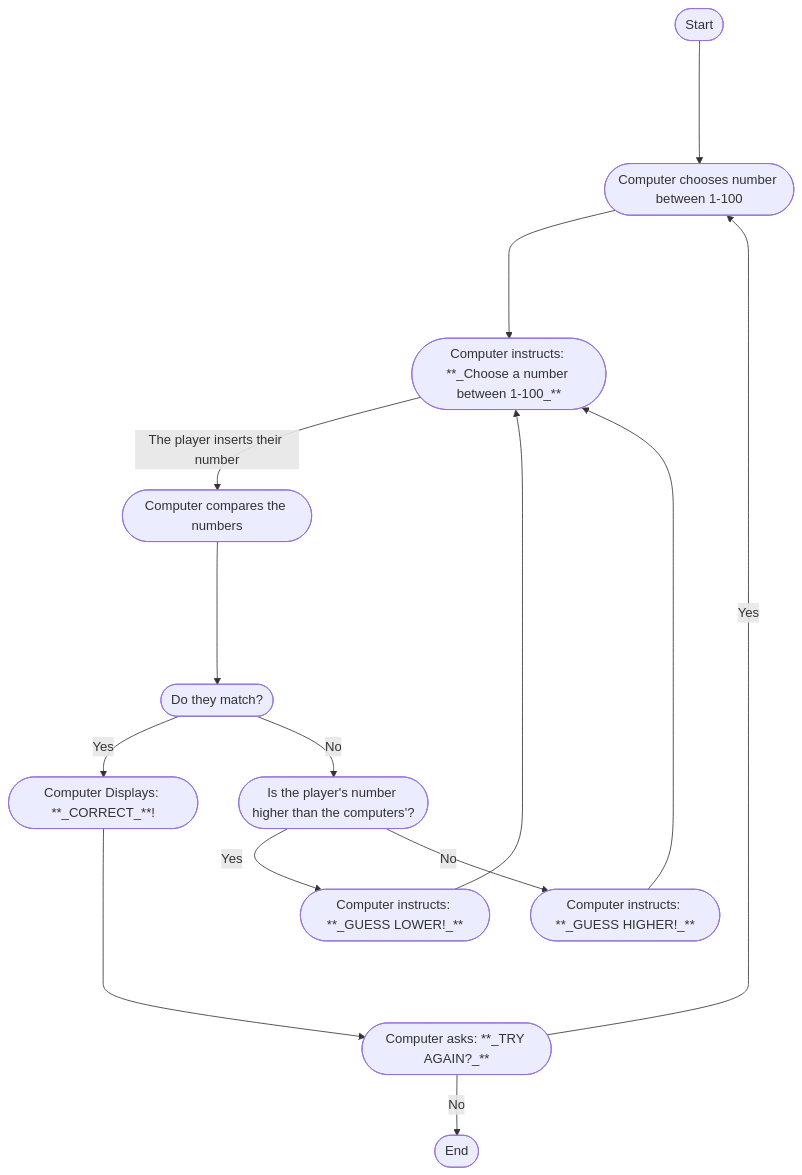
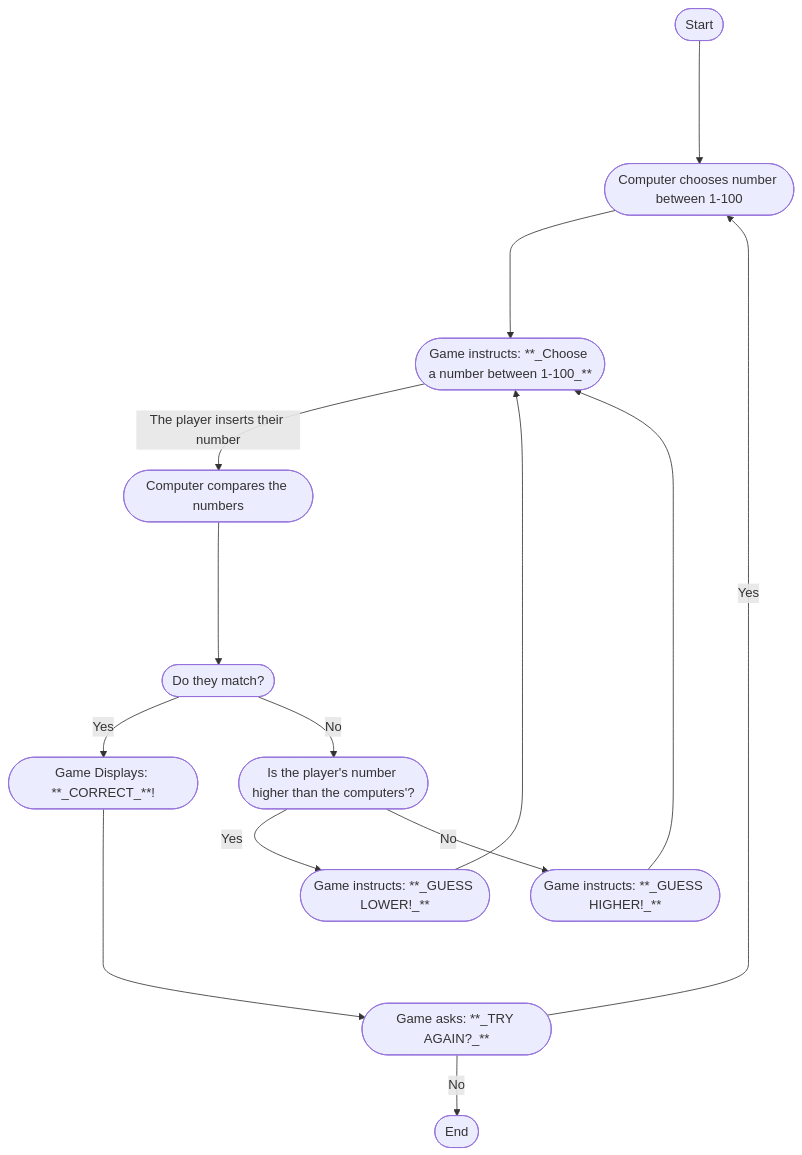
Before and after one commit to aramirezvilleda/aramirezvilleda.github.io: the diagram in Guessing.md, drawn with Mermaid. The commit also changed other lines of this file, not shown here.

````diff
--- a/Guessing.md
+++ b/Guessing.md
@@ -1,20 +1,20 @@
 ```mermaid
 
 graph TD;
 	A([Start])  ----> B([Computer chooses number between 1-100]);
-    B ----> C([Computer instructs: **_Choose a number between 1-100_**]);
+    B ----> C([Game instructs: **_Choose a number between 1-100_**]);
     C -- The player inserts their number --> D([Computer compares the numbers]);
     D ----> E([Do they match?]);
 
-    E -- Yes --> F([Computer Displays: **_CORRECT_**!]);
-    F ----> G([Computer asks: **_TRY AGAIN?_**]);
+    E -- Yes --> F([Game Displays: **_CORRECT_**!]);
+    F ----> G([Game asks: **_TRY AGAIN?_**]);
     G -- Yes --> B;
     G -- No --> H([End]);
 
     E -- No --> I([Is the player's number higher than the computers'?]);
-    I -- Yes --> J([Computer instructs: **_GUESS LOWER!_**]);
+    I -- Yes --> J([Game instructs: **_GUESS LOWER!_**]);
     J ----> C;
-    I -- No --> K([Computer instructs: **_GUESS HIGHER!_**]);
+    I -- No --> K([Game instructs: **_GUESS HIGHER!_**]);
     K ----> C;
 
 ```
````
